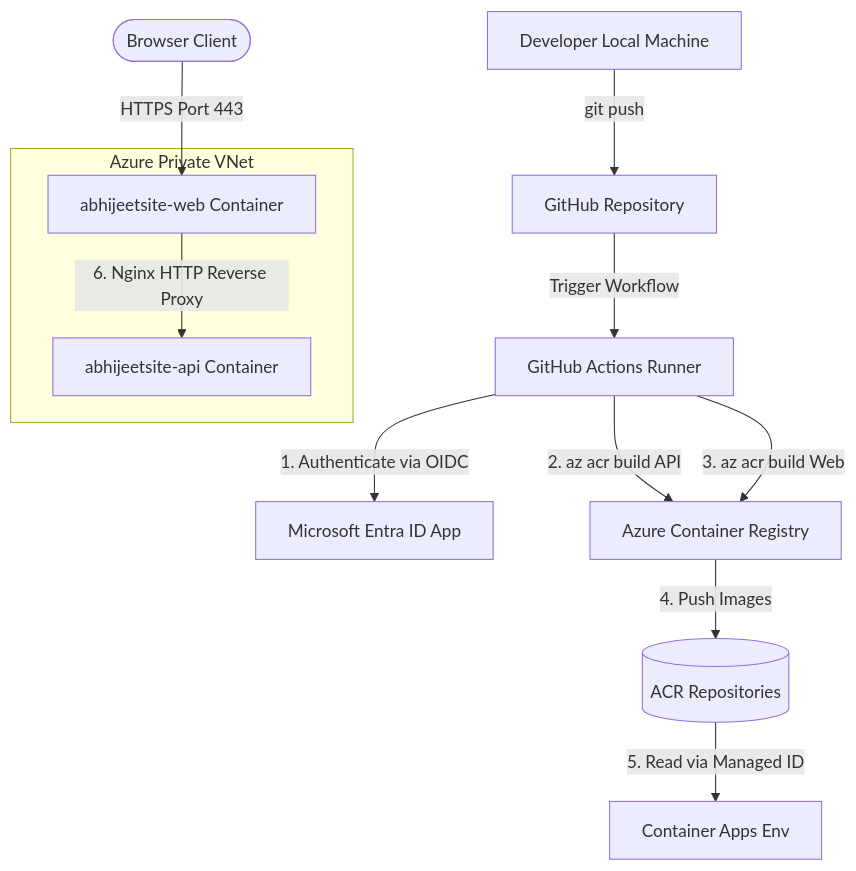
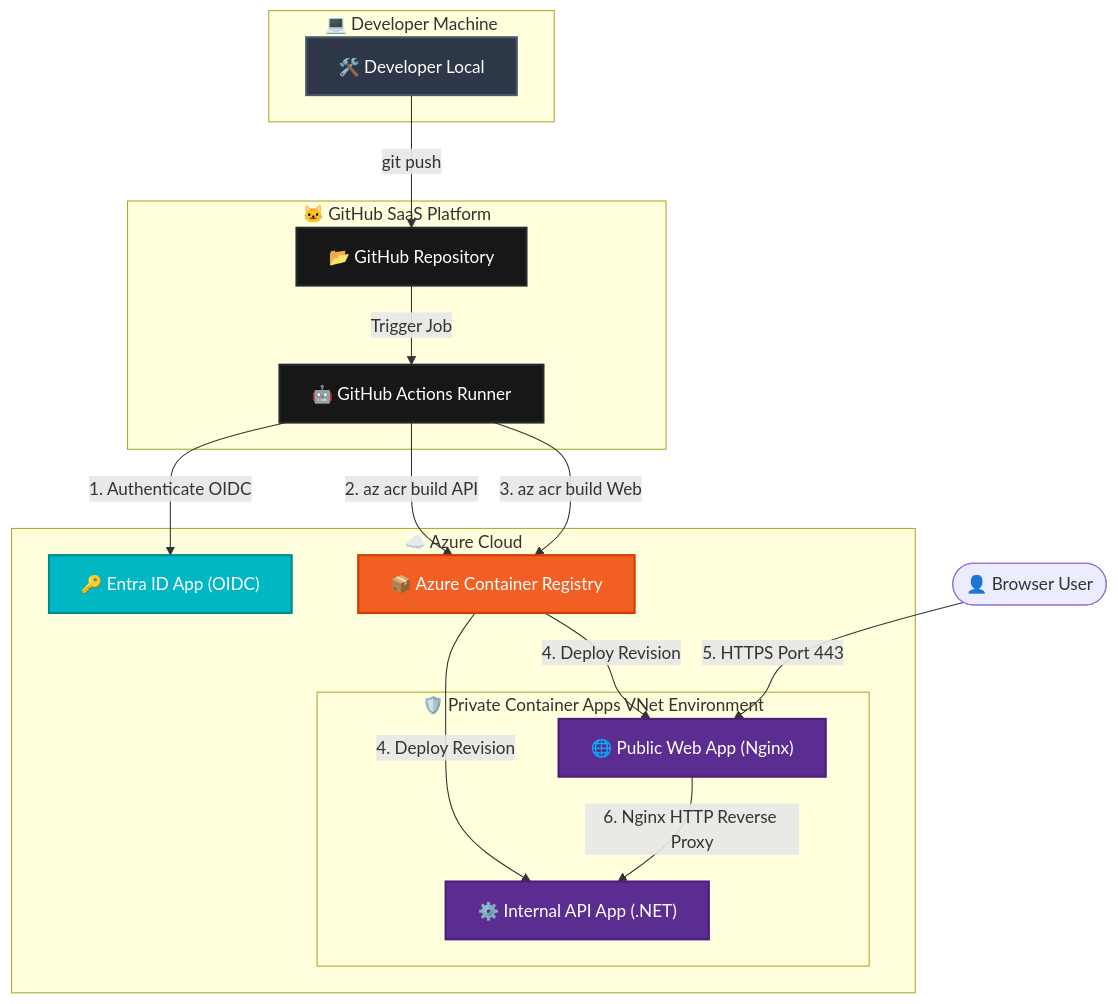
One commit to abhijeethaval/abhijeethaval-website changed the diagram in docs/deploy-github-actions.md. Above: the diagram before and after it, drawn with Mermaid. The commit also changed other lines of this file, not shown here.

Commit message:
docs: add detailed deployment guide for Azure Container Apps and GitHub Actions

````diff
--- a/docs/deploy-github-actions.md
+++ b/docs/deploy-github-actions.md
@@ -11,16 +11,43 @@
 ```mermaid
-graph TD
-    Developer[Developer Local Machine] -->|git push| GitHub[GitHub Repository]
-    GitHub -->|Trigger Workflow| GHA[GitHub Actions Runner]
-    GHA -->|1. Authenticate via OIDC| Entra[Microsoft Entra ID App]
-    GHA -->|2. az acr build API| ACR[Azure Container Registry]
-    GHA -->|3. az acr build Web| ACR
-    ACR -->|4. Push Images| ACR_Images[(ACR Repositories)]
-    ACR_Images -->|5. Read via Managed ID| ACA_Env[Container Apps Env]
+flowchart TD
+    %% Define styles and classes
+    classDef developer fill:#2d3748,stroke:#4a5568,stroke-width:2px,color:#fff;
+    classDef github fill:#181717,stroke:#24292e,stroke-width:2px,color:#fff;
+    classDef azure fill:#0078d4,stroke:#005a9e,stroke-width:2px,color:#fff;
+    classDef security fill:#00b7c3,stroke:#008b8b,stroke-width:2px,color:#fff;
+    classDef storage fill:#f25f22,stroke:#d83b01,stroke-width:2px,color:#fff;
+    classDef container fill:#5c2d91,stroke:#4b1f7a,stroke-width:2px,color:#fff;
     
-    subgraph Azure Private VNet
-        ACA_Web[abhijeetsite-web Container] -->|6. Nginx HTTP Reverse Proxy| ACA_Api[abhijeetsite-api Container]
+    subgraph Local ["💻 Developer Machine"]
+        Dev["🛠️ Developer Local"]:::developer
     end
 
-    User([Browser Client]) -->|HTTPS Port 443| ACA_Web
+    subgraph GitHubPlatform ["🐱 GitHub SaaS Platform"]
+        Repo["📂 GitHub Repository"]:::github
+        Runner["🤖 GitHub Actions Runner"]:::github
+    end
+
+    subgraph Azure ["☁️ Azure Cloud"]
+        Entra["🔑 Entra ID App (OIDC)"]:::security
+        ACR["📦 Azure Container Registry"]:::storage
+        
+        subgraph ACAEnv ["🛡️ Private Container Apps VNet Environment"]
+            ACA_Web["🌐 Public Web App (Nginx)"]:::container
+            ACA_Api["⚙️ Internal API App (.NET)"]:::container
+        end
+    end
+    
+    Client(["👤 Browser User"])
+
+    %% Data Flow
+    Dev -->|git push| Repo
+    Repo -->|Trigger Job| Runner
+    Runner -->|1. Authenticate OIDC| Entra
+    Runner -->|2. az acr build API| ACR
+    Runner -->|3. az acr build Web| ACR
+    ACR -->|4. Deploy Revision| ACA_Web
+    ACR -->|4. Deploy Revision| ACA_Api
+    
+    Client -->|5. HTTPS Port 443| ACA_Web
+    ACA_Web -->|6. Nginx HTTP Reverse Proxy| ACA_Api
 ```
````
